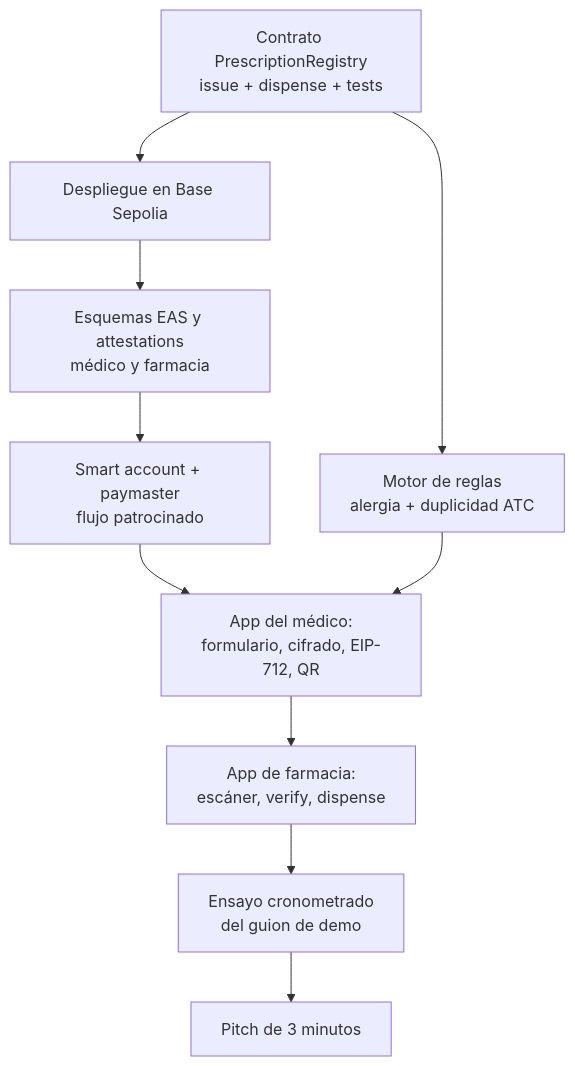
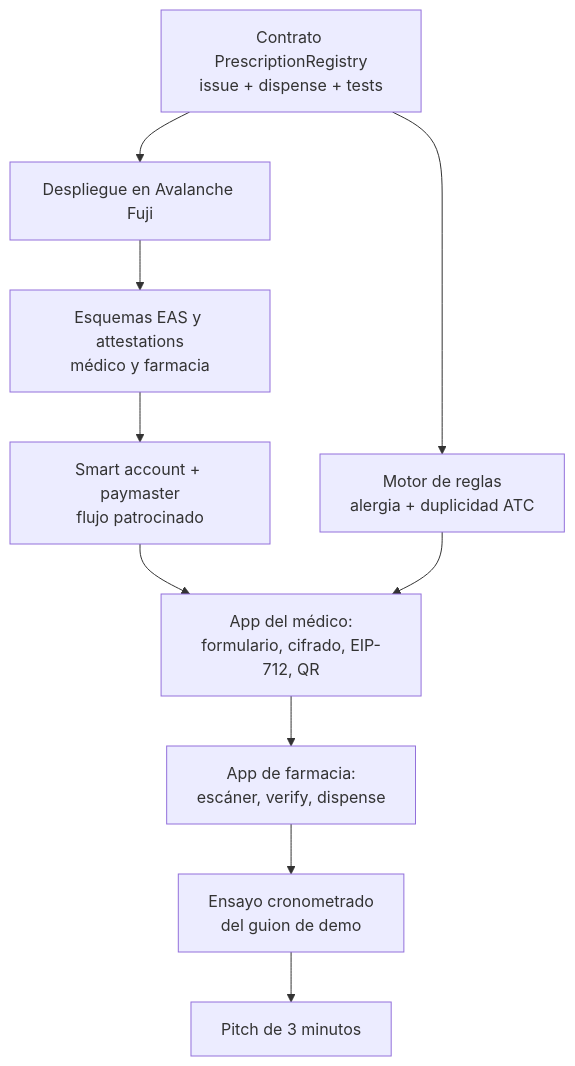
Before and after one commit to abrereflo/proyecto_recetas: the diagram in docs/09-roadmap.md, drawn with Mermaid. The commit also changed other lines of this file and 15 other files, not shown here.

First line of the commit message:
docs: align the planning documents with Avalanche Fuji and the verified status

````diff
--- a/docs/09-roadmap.md
+++ b/docs/09-roadmap.md
@@ -9,12 +9,12 @@
 ```mermaid
 flowchart TB
-    A["Contrato PrescriptionRegistry<br/>issue + dispense + tests"] --> B["Despliegue en Base Sepolia"]
+    A["Contrato PrescriptionRegistry<br/>issue + dispense + tests"] --> B["Despliegue en Avalanche Fuji"]
     B --> C["Esquemas EAS y attestations<br/>médico y farmacia"]
     C --> D["Smart account + paymaster<br/>flujo patrocinado"]
     D --> E["App del médico:<br/>formulario, cifrado, EIP-712, QR"]
     E --> F["App de farmacia:<br/>escáner, verify, dispense"]
     F --> G["Ensayo cronometrado<br/>del guion de demo"]
     A --> H["Motor de reglas<br/>alergia + duplicidad ATC"]
     H --> E
     G --> I["Pitch de 3 minutos"]
 ```
````
